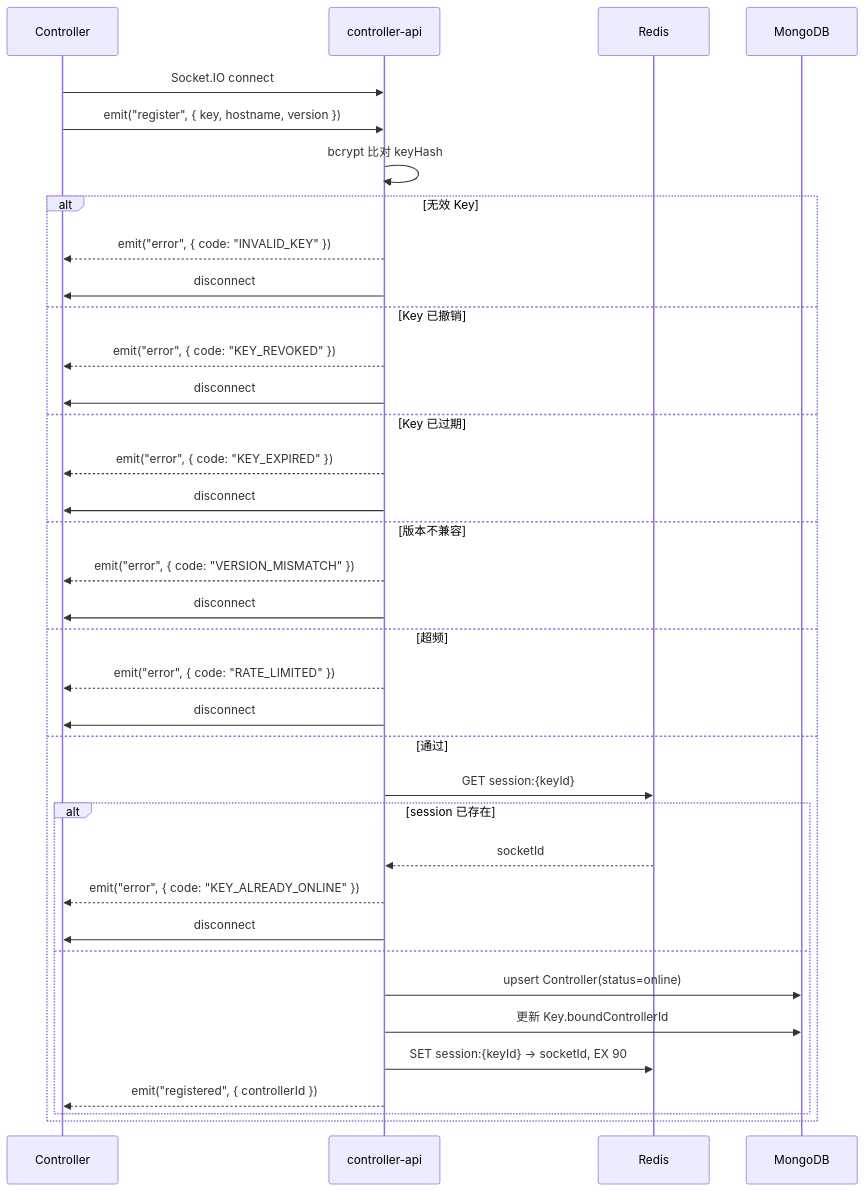
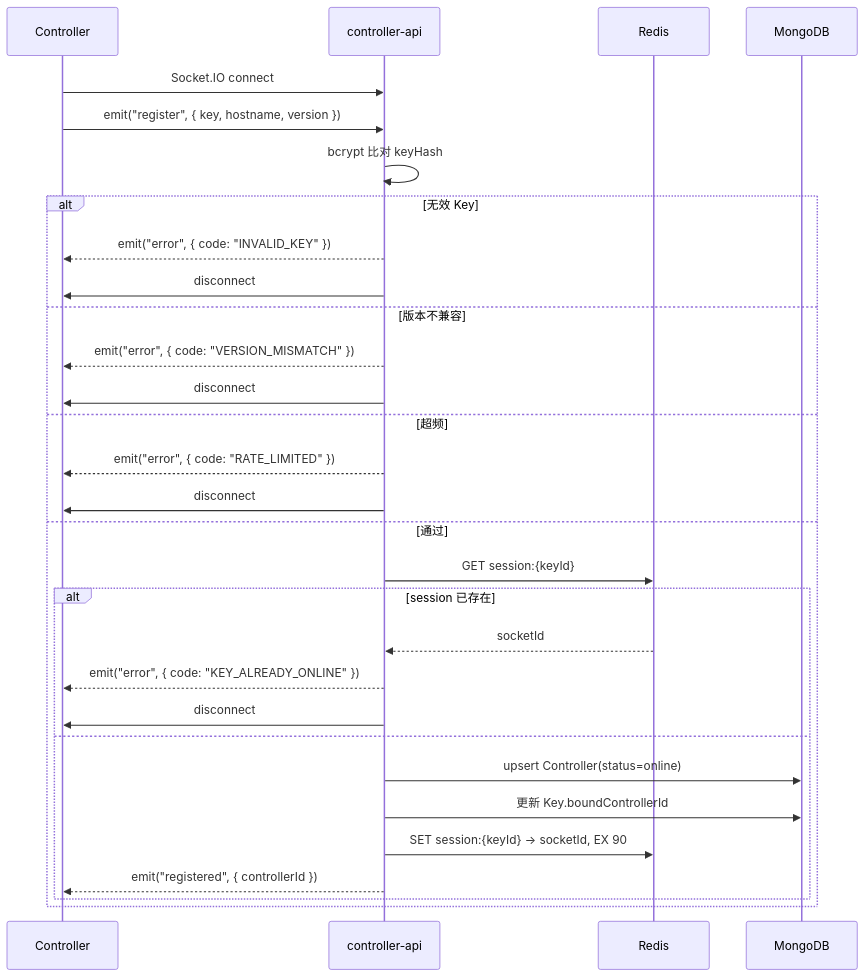
Before and after one commit to Deliay/z-agent-gear: the fifth of 8 diagrams in docs/engineering/proposals/20260517-proposal-agent-controller-v1.md, drawn with Mermaid. The commit also changed other lines of this file and 3 other files, not shown here.

````diff
--- a/docs/engineering/proposals/20260517-proposal-agent-controller-v1.md
+++ b/docs/engineering/proposals/20260517-proposal-agent-controller-v1.md
@@ -399,39 +391,33 @@
 ```mermaid
 sequenceDiagram
     participant CT as Controller
     participant S as controller-api
     participant R as Redis
     participant D as MongoDB
 
     CT->>S: Socket.IO connect
     CT->>S: emit("register", { key, hostname, version })
     S->>S: bcrypt 比对 keyHash
     alt 无效 Key
         S-->>CT: emit("error", { code: "INVALID_KEY" })
-        S->>CT: disconnect
-    else Key 已撤销
-        S-->>CT: emit("error", { code: "KEY_REVOKED" })
-        S->>CT: disconnect
-    else Key 已过期
-        S-->>CT: emit("error", { code: "KEY_EXPIRED" })
         S->>CT: disconnect
     else 版本不兼容
         S-->>CT: emit("error", { code: "VERSION_MISMATCH" })
         S->>CT: disconnect
     else 超频
         S-->>CT: emit("error", { code: "RATE_LIMITED" })
         S->>CT: disconnect
     else 通过
         S->>R: GET session:{keyId}
         alt session 已存在
             R-->>S: socketId
             S-->>CT: emit("error", { code: "KEY_ALREADY_ONLINE" })
             S->>CT: disconnect
         else
             S->>D: upsert Controller(status=online)
             S->>D: 更新 Key.boundControllerId
             S->>R: SET session:{keyId} -> socketId, EX 90
             S-->>CT: emit("registered", { controllerId })
         end
     end
 ```
````
